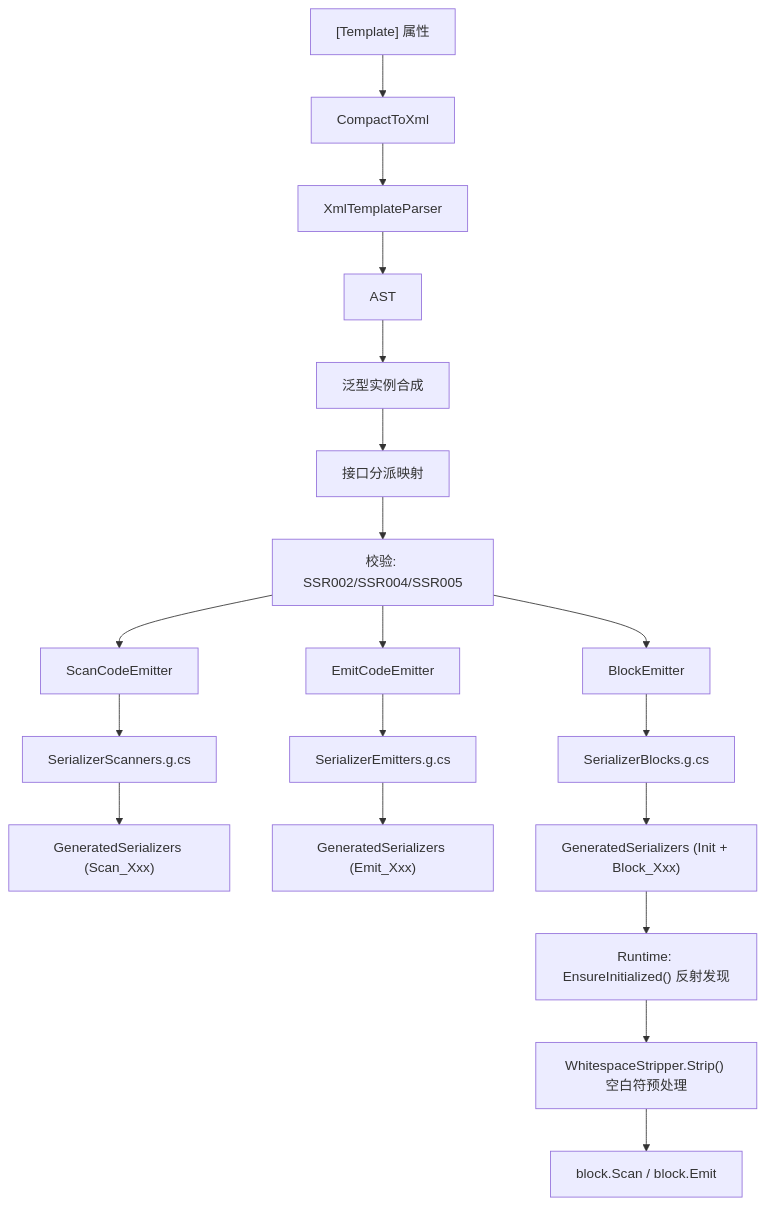
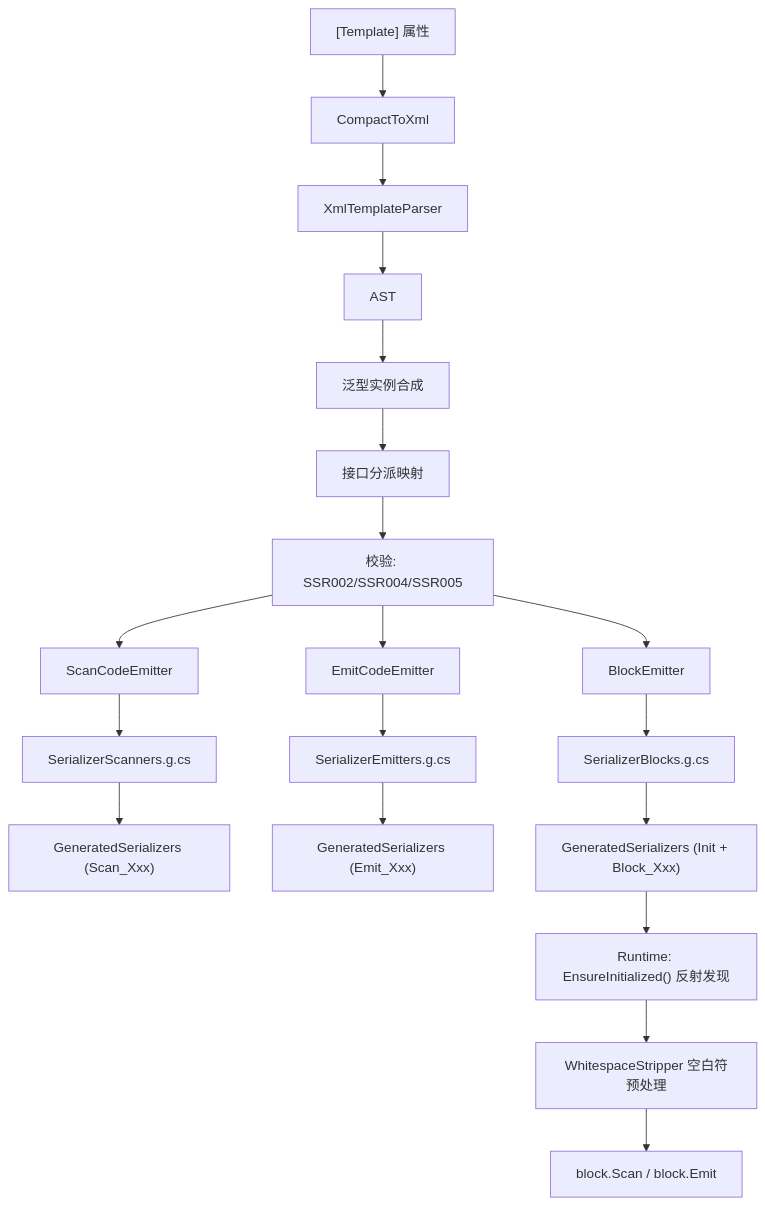
One commit to twds0x13/SourceSerializer changed the diagram in docs/technical/pipeline/overview.md. Above: the diagram before and after it, drawn with Mermaid. The commit also changed other lines of this file and 26 other files, not shown here.

First line of the commit message:
refactor: replace WhitespaceStripper.Strip with ref struct + native memory

````diff
--- a/docs/technical/pipeline/overview.md
+++ b/docs/technical/pipeline/overview.md
@@ -7,21 +7,21 @@
 ```mermaid
 flowchart TD
     A["[Template] 属性"] --> B[CompactToXml]
     B --> C[XmlTemplateParser]
     C --> D[AST]
     D --> F[泛型实例合成]
     F --> G[接口分派映射]
     G --> H[校验: SSR002/SSR004/SSR005]
     H --> I[ScanCodeEmitter]
     H --> J[EmitCodeEmitter]
     H --> K[BlockEmitter]
     I --> L[SerializerScanners.g.cs]
     J --> M[SerializerEmitters.g.cs]
     K --> N[SerializerBlocks.g.cs]
     L --> O["GeneratedSerializers (Scan_Xxx)"]
     M --> P["GeneratedSerializers (Emit_Xxx)"]
     N --> Q["GeneratedSerializers (Init + Block_Xxx)"]
     Q --> R["Runtime: EnsureInitialized() 反射发现"]
-    R --> S["WhitespaceStripper.Strip() 空白符预处理"]
+    R --> S["WhitespaceStripper 空白符预处理"]
     S --> T["block.Scan / block.Emit"]
 ```
````
